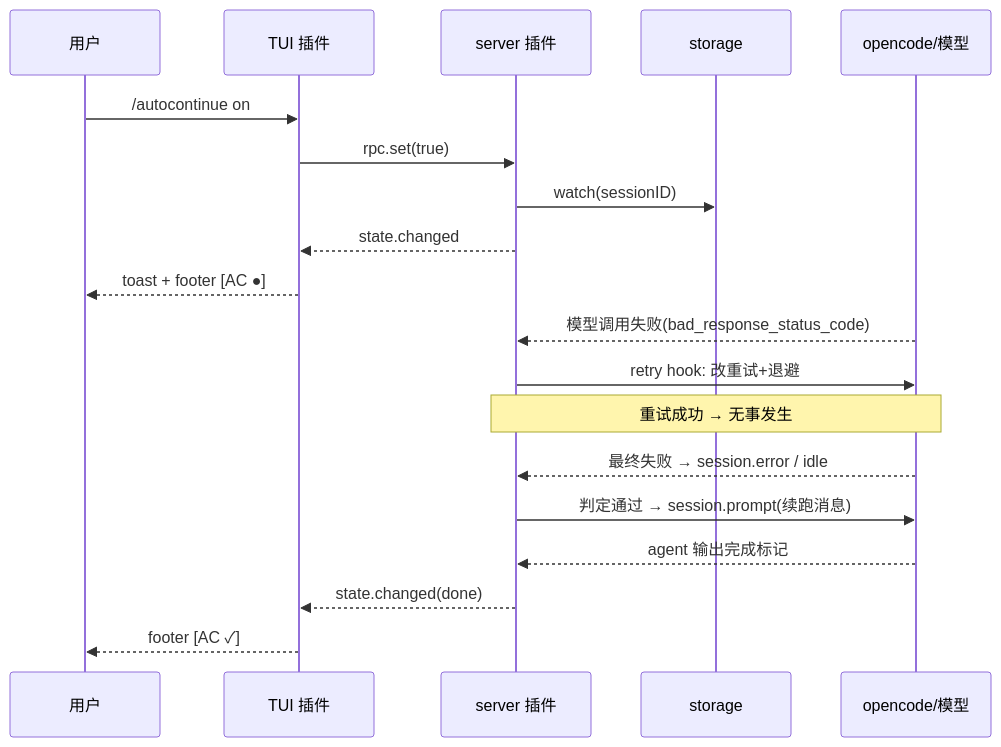
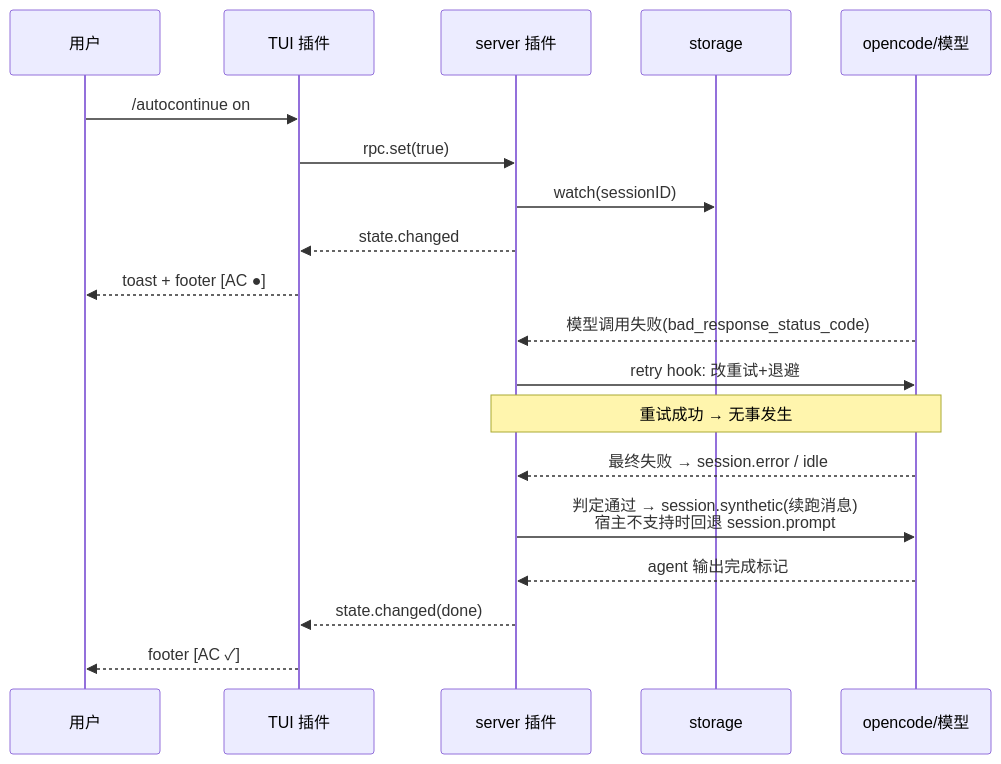
One commit to dubuqiangu/opencode-autocontinue changed the second of 2 diagrams in docs/architecture/events-and-state.md. Above: the diagram before and after it, drawn with Mermaid. The commit also changed other lines of this file and 34 other files, not shown here.

````diff
--- a/docs/architecture/events-and-state.md
+++ b/docs/architecture/events-and-state.md
@@ -79,23 +79,23 @@
 ```mermaid
 sequenceDiagram
     participant U as 用户
     participant TUI as TUI 插件
     participant S as server 插件
     participant ST as storage
     participant M as opencode/模型
 
     U->>TUI: /autocontinue on
     TUI->>S: rpc.set(true)
     S->>ST: watch(sessionID)
     S-->>TUI: state.changed
     TUI-->>U: toast + footer [AC ●]
 
     M-->>S: 模型调用失败(bad_response_status_code)
     S->>M: retry hook: 改重试+退避
     Note over S,M: 重试成功 → 无事发生
     M-->>S: 最终失败 → session.error / idle
-    S->>M: 判定通过 → session.prompt(续跑消息)
+    S->>M: 判定通过 → session.synthetic(续跑消息)<br/>宿主不支持时回退 session.prompt
     M-->>S: agent 输出完成标记
     S-->>TUI: state.changed(done)
     TUI-->>U: footer [AC ✓]
 ```
````
